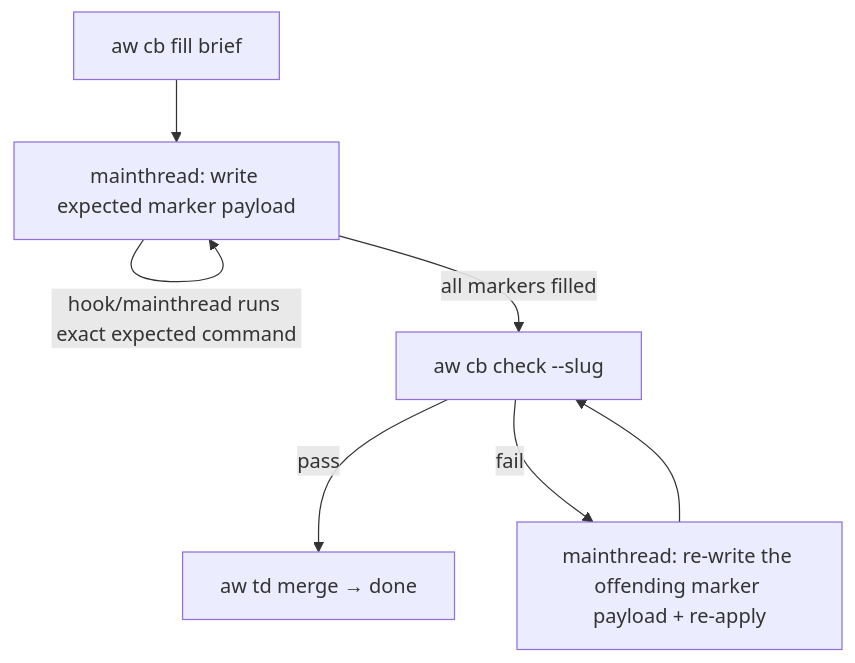
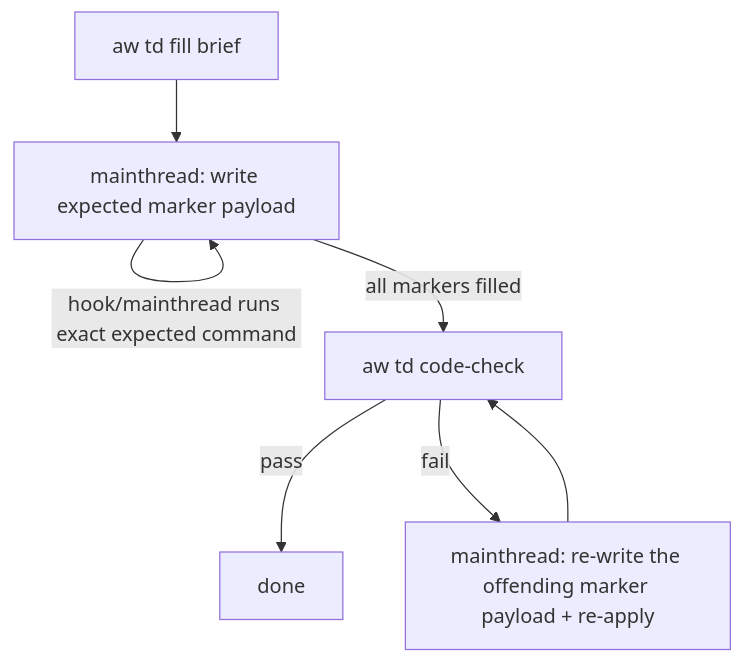
One commit to chrischeng-c4/axiom changed the diagram in .claude/skills/aw-cb-fill/SKILL.md. Above: the diagram before and after it, drawn with Mermaid. The commit also changed other lines of this file and 65 other files, not shown here.

````diff
--- a/.claude/skills/aw-cb-fill/SKILL.md
+++ b/.claude/skills/aw-cb-fill/SKILL.md
@@ -42,9 +42,9 @@
 ```mermaid
 flowchart TD
-    F[aw cb fill brief] --> L[mainthread: write expected marker payload]
+    F[aw td fill brief] --> L[mainthread: write expected marker payload]
     L -->|"hook/mainthread runs exact expected command"| L
-    L -->|"all markers filled"| G[aw cb check --slug]
-    G -- pass --> M[aw td merge → done]
+    L -->|"all markers filled"| G[aw td code-check <slug>]
+    G -- pass --> M[done]
     G -- fail --> ROLL[mainthread: re-write the offending marker payload + re-apply]
     ROLL --> G
 ```
````
